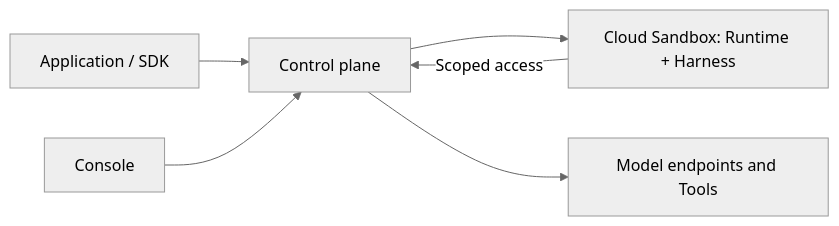
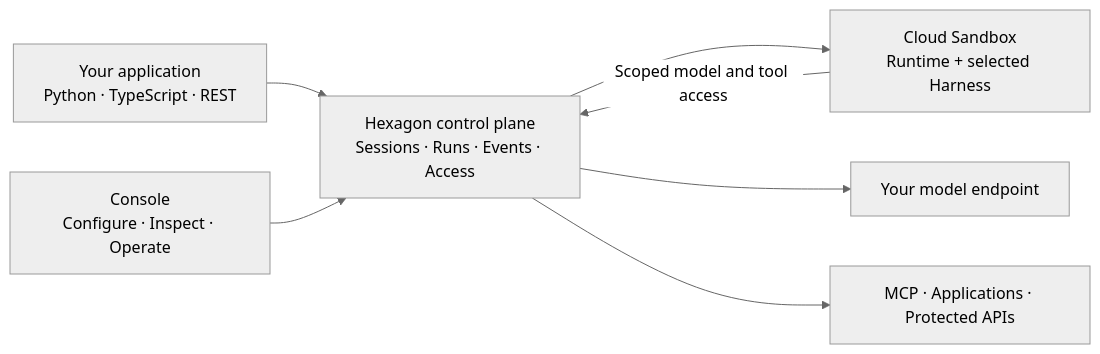
The diagram in README.md (NexusFox88/Hexagon), drawn with Mermaid (neutral theme) before and after one commit. The commit also changed other lines of this file and 7 other files, not shown here.

````diff
--- a/README.md
+++ b/README.md
@@ -22,8 +128,9 @@
 ```mermaid
 flowchart LR
-  A[Application / SDK] --> C[Control plane]
-  B[Console] --> C
-  C --> S[Cloud Sandbox: Runtime + Harness]
-  S -->|Scoped access| C
-  C --> E[Model endpoints and Tools]
+    APP["Your application<br/>Python · TypeScript · REST"] --> CP["Hexagon control plane<br/>Sessions · Runs · Events · Access"]
+    UI["Console<br/>Configure · Inspect · Operate"] --> CP
+    CP --> SB["Cloud Sandbox<br/>Runtime + selected Harness"]
+    SB -->|Scoped model and tool access| CP
+    CP --> LLM[Your model endpoint]
+    CP --> TOOLS[MCP · Applications · Protected APIs]
 ```
````
